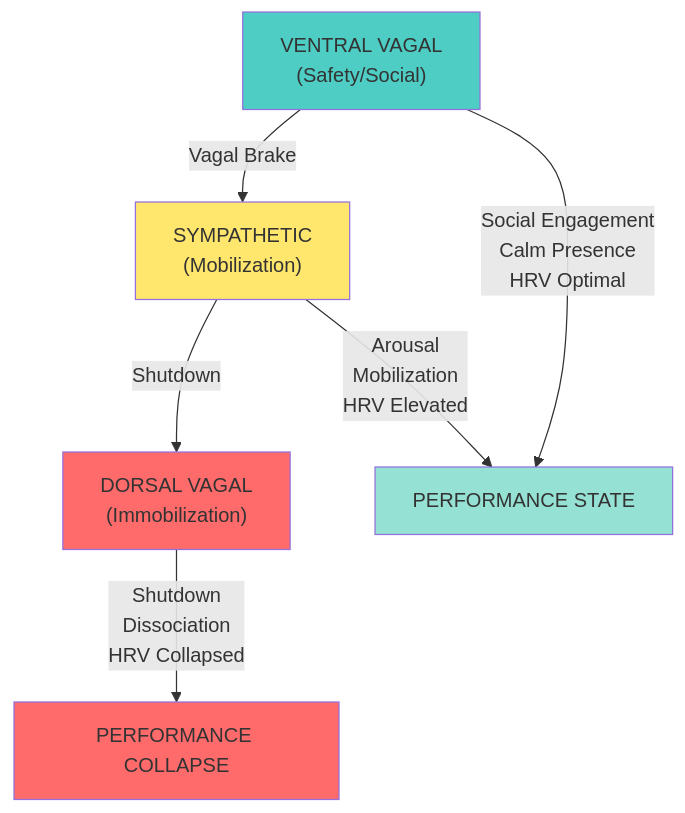
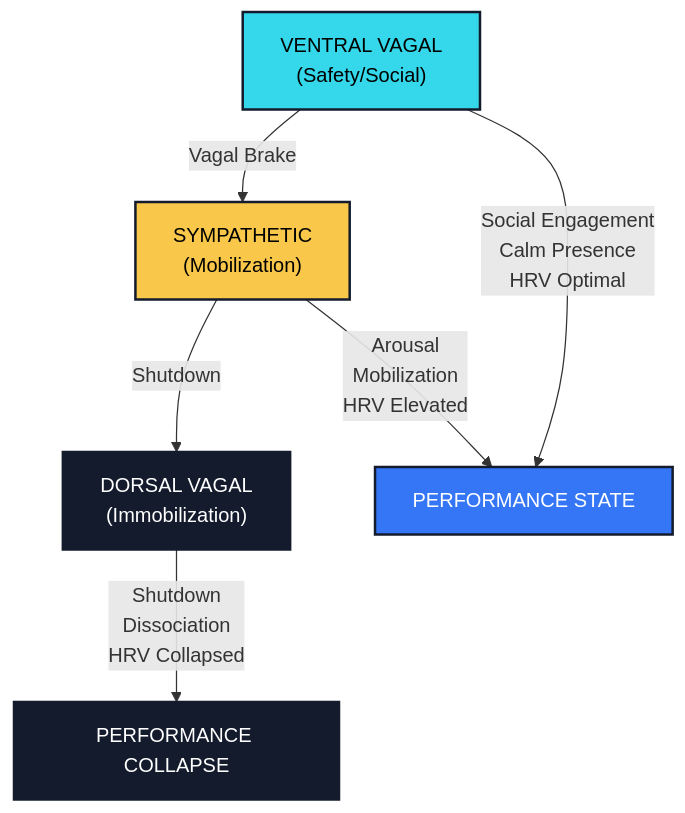
Before and after one commit to Feirbrand/synoeticos-public: the fourth of 11 diagrams in docs/elevation-grid/elevation-grid-visualizations.md, drawn with Mermaid. The commit also changed other lines of this file and 8 other files, not shown here.

````diff
--- a/docs/elevation-grid/elevation-grid-visualizations.md
+++ b/docs/elevation-grid/elevation-grid-visualizations.md
@@ -91,15 +104,15 @@
 ```{mermaid}
 graph TD
     A["VENTRAL VAGAL<br/>(Safety/Social)"] -->|"Vagal Brake"| B["SYMPATHETIC<br/>(Mobilization)"]
     B -->|"Shutdown"| C["DORSAL VAGAL<br/>(Immobilization)"]
     
     A -->|"Social Engagement<br/>Calm Presence<br/>HRV Optimal"| D["PERFORMANCE STATE"]
     B -->|"Arousal<br/>Mobilization<br/>HRV Elevated"| D
     C -->|"Shutdown<br/>Dissociation<br/>HRV Collapsed"| E["PERFORMANCE COLLAPSE"]
     
-    style A fill:#4ecdc4
-    style B fill:#ffe66d
-    style C fill:#ff6b6b
-    style D fill:#95e1d3
-    style E fill:#ff6b6b
+    style A fill:#34D8EA,stroke:#131B2C,stroke-width:2px,color:#000
+    style B fill:#F9C84A,stroke:#131B2C,stroke-width:2px,color:#000
+    style C fill:#131B2C,stroke:#131B2C,stroke-width:2px,color:#fff
+    style D fill:#3576F6,stroke:#131B2C,stroke-width:2px,color:#fff
+    style E fill:#131B2C,stroke:#131B2C,stroke-width:2px,color:#fff
 ```
````
